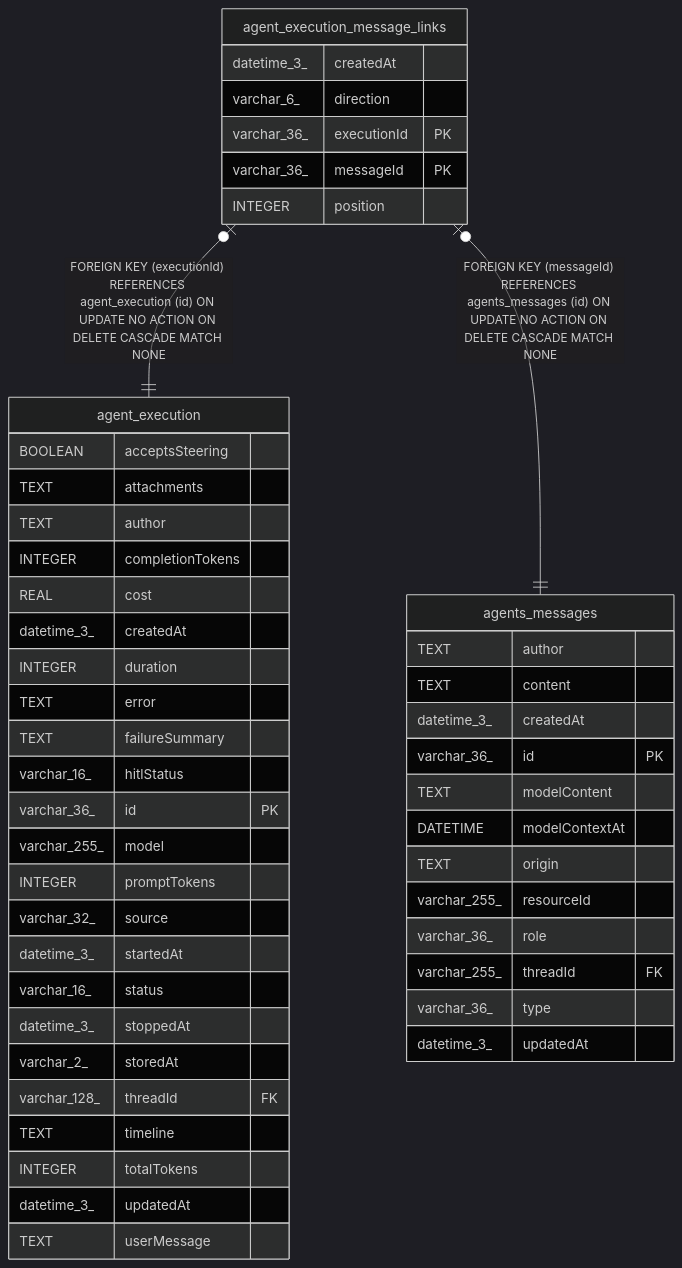
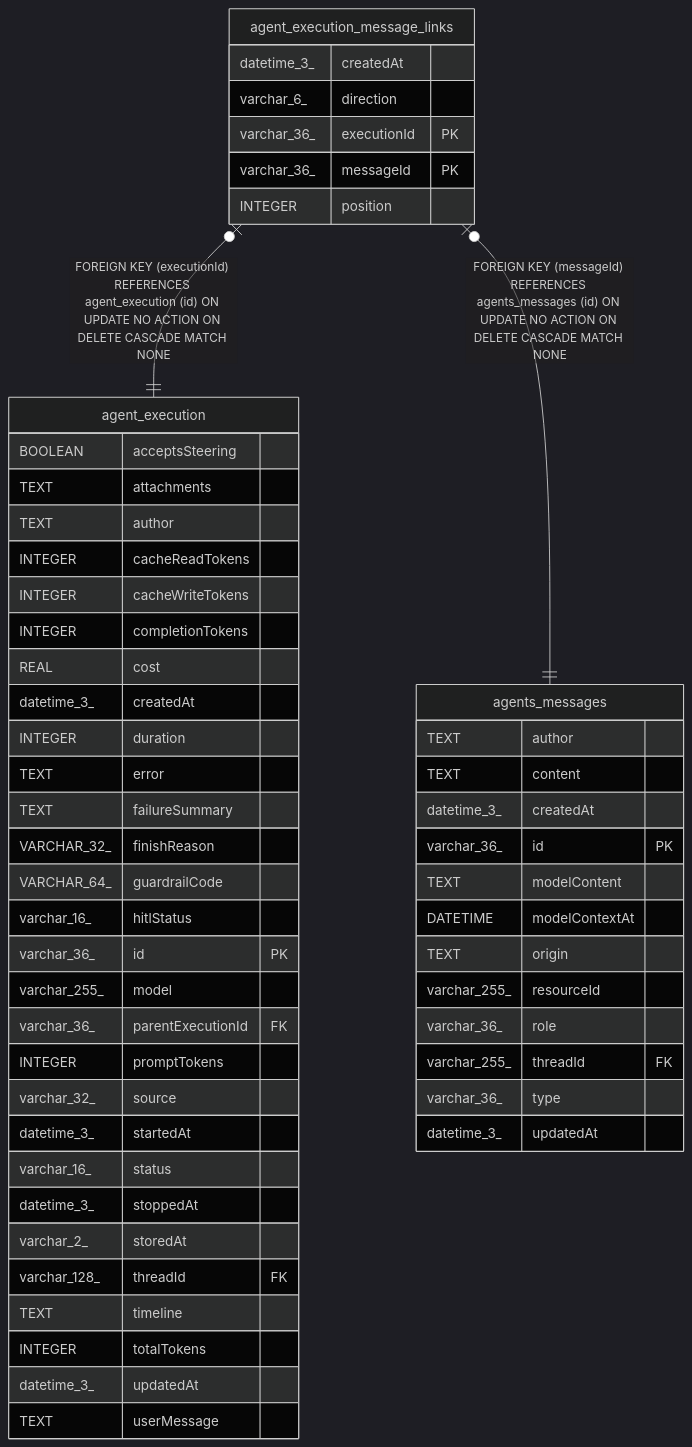
One commit to sreent/n8n changed the diagram in docs/generated/sqlite-schema/agent_execution_message_links.md. Above: the diagram before and after it, drawn with Mermaid (dark theme). The commit also changed 7993 other files, not shown here.

````diff
--- a/docs/generated/sqlite-schema/agent_execution_message_links.md
+++ b/docs/generated/sqlite-schema/agent_execution_message_links.md
@@ -45,53 +45,58 @@
 ```mermaid
 erDiagram
 
 "agent_execution_message_links" |o--|| "agent_execution" : "FOREIGN KEY (executionId) REFERENCES agent_execution (id) ON UPDATE NO ACTION ON DELETE CASCADE MATCH NONE"
 "agent_execution_message_links" |o--|| "agents_messages" : "FOREIGN KEY (messageId) REFERENCES agents_messages (id) ON UPDATE NO ACTION ON DELETE CASCADE MATCH NONE"
 
 "agent_execution_message_links" {
   datetime_3_ createdAt
   varchar_6_ direction
   varchar_36_ executionId PK
   varchar_36_ messageId PK
   INTEGER position
 }
 "agent_execution" {
   BOOLEAN acceptsSteering
   TEXT attachments
   TEXT author
+  INTEGER cacheReadTokens
+  INTEGER cacheWriteTokens
   INTEGER completionTokens
   REAL cost
   datetime_3_ createdAt
   INTEGER duration
   TEXT error
   TEXT failureSummary
+  VARCHAR_32_ finishReason
+  VARCHAR_64_ guardrailCode
   varchar_16_ hitlStatus
   varchar_36_ id PK
   varchar_255_ model
+  varchar_36_ parentExecutionId FK
   INTEGER promptTokens
   varchar_32_ source
   datetime_3_ startedAt
   varchar_16_ status
   datetime_3_ stoppedAt
   varchar_2_ storedAt
   varchar_128_ threadId FK
   TEXT timeline
   INTEGER totalTokens
   datetime_3_ updatedAt
   TEXT userMessage
 }
 "agents_messages" {
   TEXT author
   TEXT content
   datetime_3_ createdAt
   varchar_36_ id PK
   TEXT modelContent
   DATETIME modelContextAt
   TEXT origin
   varchar_255_ resourceId
   varchar_36_ role
   varchar_255_ threadId FK
   varchar_36_ type
   datetime_3_ updatedAt
 }
 ```
````
